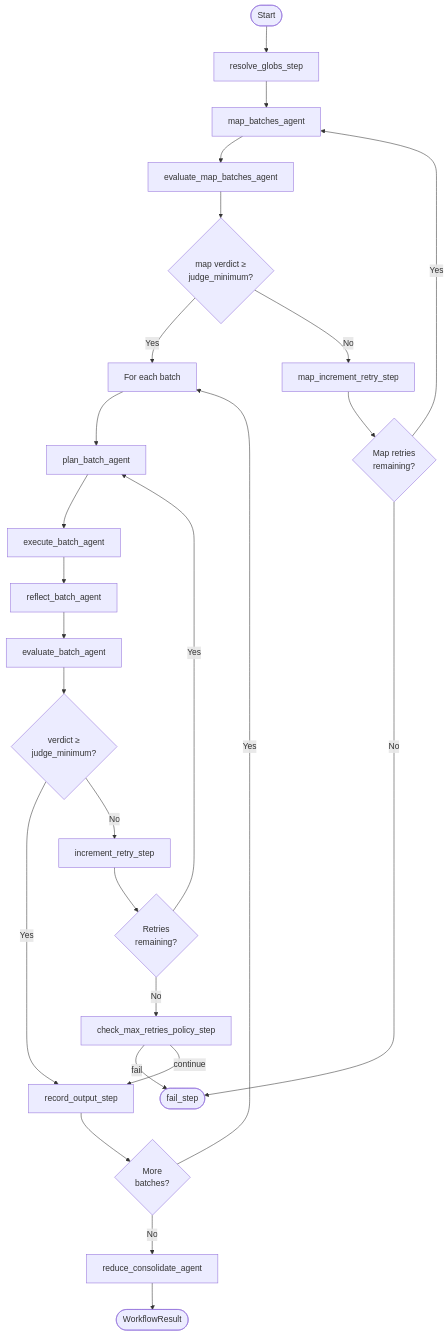
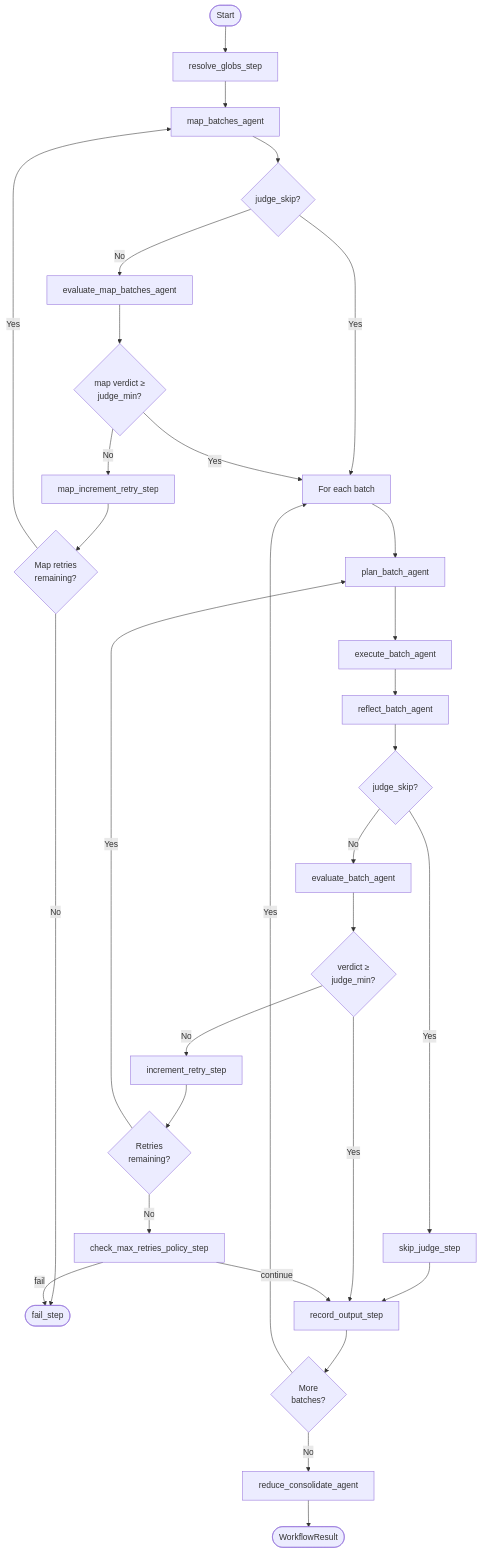
Before and after one commit to flaviostutz/deepworkflow: the diagram in README.md, drawn with Mermaid. The commit also changed other lines of this file and 55 other files, not shown here.

````diff
--- a/README.md
+++ b/README.md
@@ -39,28 +81,33 @@
 ```mermaid
-flowchart TD
+graph TD
     Start([Start]) --> ResolveGlobs[resolve_globs_step]
     ResolveGlobs --> MapBatches[map_batches_agent]
-    MapBatches --> EvalMap[evaluate_map_batches_agent]
-    EvalMap --> MapOK{map verdict ≥\njudge_minimum?}
-    MapOK -- Yes --> BatchLoop[For each batch]
+    MapBatches --> JudgeSkipMap{judge_skip?}
+    JudgeSkipMap -- No --> EvalMap[evaluate_map_batches_agent]
+    JudgeSkipMap -- Yes --> BatchLoop[For each batch]
+    EvalMap --> MapOK{map verdict ≥\njudge_min?}
+    MapOK -- Yes --> BatchLoop
     MapOK -- No --> MapIncrementRetry[map_increment_retry_step]
     MapIncrementRetry --> MapRetries{Map retries\nremaining?}
     MapRetries -- Yes --> MapBatches
     MapRetries -- No --> Fail([fail_step])
     BatchLoop --> Plan[plan_batch_agent]
     Plan --> Execute[execute_batch_agent]
     Execute --> Reflect[reflect_batch_agent]
-    Reflect --> Evaluate[evaluate_batch_agent]
-    Evaluate --> VerdictCheck{verdict ≥\njudge_minimum?}
-    VerdictCheck -- Yes --> RecordOutput[record_output_step]
+    Reflect --> JudgeSkipBatch{judge_skip?}
+    JudgeSkipBatch -- No --> Evaluate[evaluate_batch_agent]
+    JudgeSkipBatch -- Yes --> SkipJudge2[skip_judge_step]
+    Evaluate --> VerdictCheck{verdict ≥\njudge_min?}
+    SkipJudge2 --> RecordOutput[record_output_step]
+    VerdictCheck -- Yes --> RecordOutput
     VerdictCheck -- No --> IncrementRetry[increment_retry_step]
     IncrementRetry --> RetriesLeft{Retries\nremaining?}
     RetriesLeft -- Yes --> Plan
     RetriesLeft -- No --> MaxRetryPolicy[check_max_retries_policy_step]
     MaxRetryPolicy -- fail --> Fail
     MaxRetryPolicy -- continue --> RecordOutput
     RecordOutput --> NextBatch{More\nbatches?}
     NextBatch -- Yes --> BatchLoop
     NextBatch -- No --> Consolidate[reduce_consolidate_agent]
     Consolidate --> Output([WorkflowResult])
 ```
````
